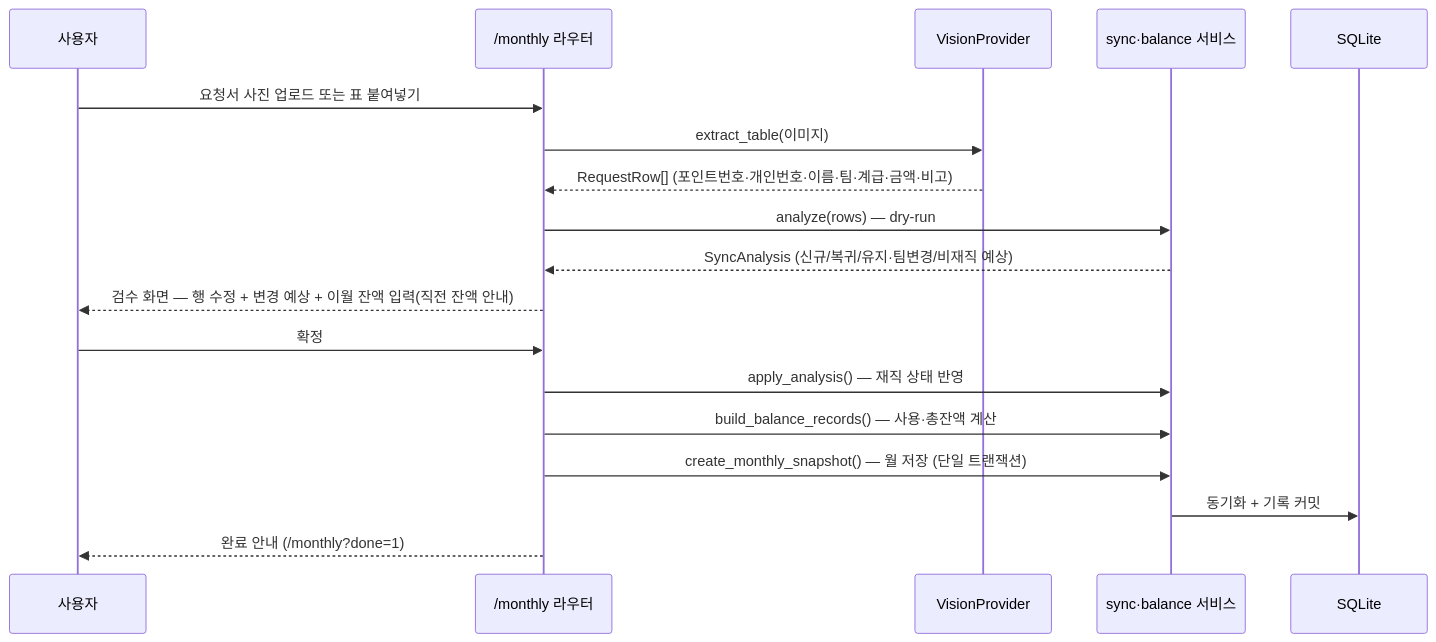
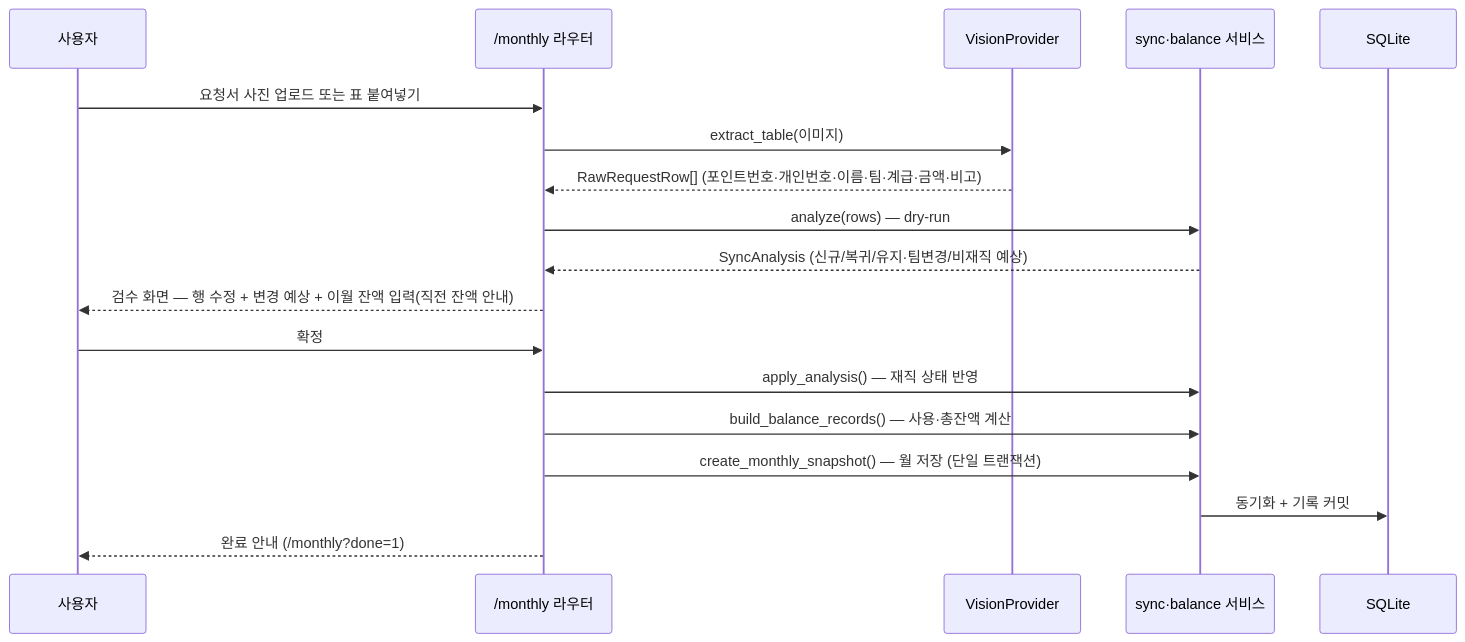
Before and after one commit to jihoon22-lee/PointBook: the fifth of 9 diagrams in docs/architecture.md, drawn with Mermaid. The commit also changed other lines of this file and 59 other files, not shown here.

````diff
--- a/docs/architecture.md
+++ b/docs/architecture.md
@@ -195,20 +195,20 @@
 ```mermaid
 sequenceDiagram
     participant U as 사용자
     participant M as /monthly 라우터
     participant AI as VisionProvider
     participant S as sync·balance 서비스
     participant DB as SQLite
     U->>M: 요청서 사진 업로드 또는 표 붙여넣기
     M->>AI: extract_table(이미지)
-    AI-->>M: RequestRow[] (포인트번호·개인번호·이름·팀·계급·금액·비고)
+    AI-->>M: RawRequestRow[] (포인트번호·개인번호·이름·팀·계급·금액·비고)
     M->>S: analyze(rows) — dry-run
     S-->>M: SyncAnalysis (신규/복귀/유지·팀변경/비재직 예상)
     M-->>U: 검수 화면 — 행 수정 + 변경 예상 + 이월 잔액 입력(직전 잔액 안내)
     U->>M: 확정
     M->>S: apply_analysis() — 재직 상태 반영
     M->>S: build_balance_records() — 사용·총잔액 계산
     M->>S: create_monthly_snapshot() — 월 저장 (단일 트랜잭션)
     S->>DB: 동기화 + 기록 커밋
     M-->>U: 완료 안내 (/monthly?done=1)
 ```
````
